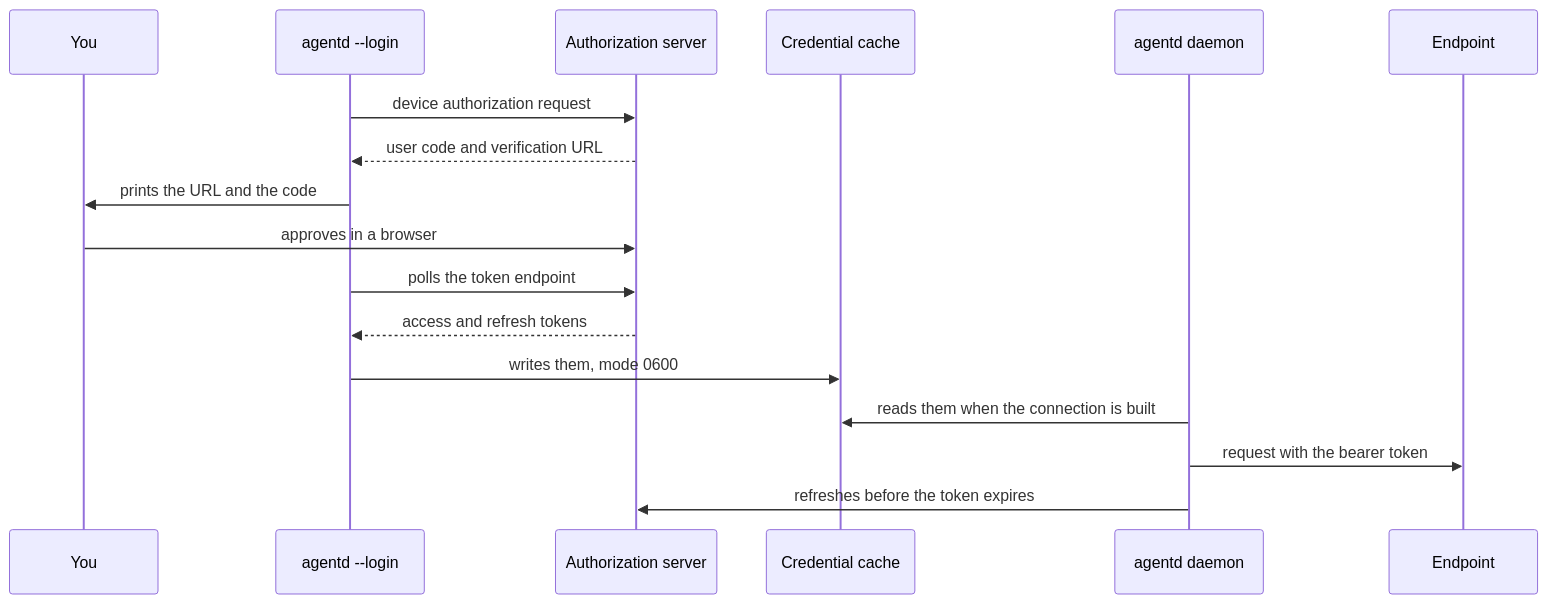
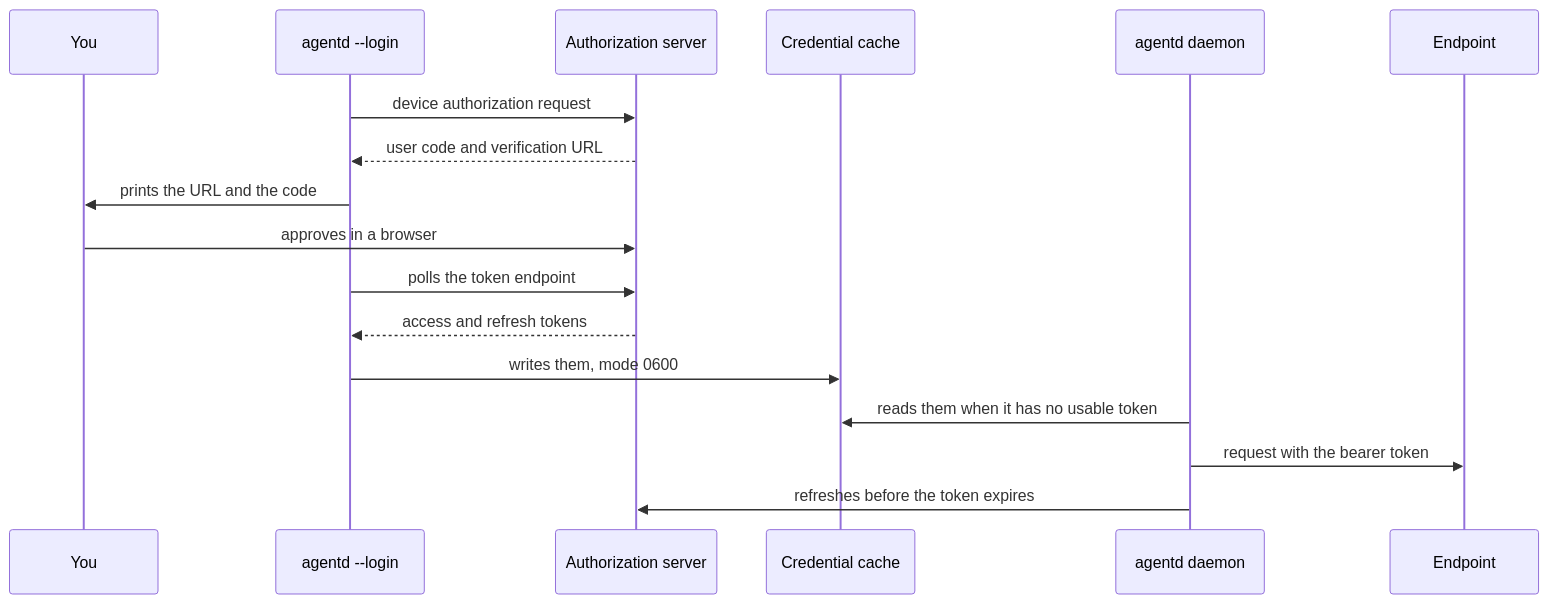
The diagram in docs/authentication.md (agentd-dev/source-code), drawn with Mermaid before and after one commit. The commit also changed other lines of this file and 52 other files, not shown here.

````diff
--- a/docs/authentication.md
+++ b/docs/authentication.md
@@ -238,19 +243,19 @@
 ```mermaid
 sequenceDiagram
   participant P as You
   participant L as agentd --login
   participant AS as Authorization server
   participant C as Credential cache
   participant D as agentd daemon
   participant E as Endpoint
   L->>AS: device authorization request
   AS-->>L: user code and verification URL
   L->>P: prints the URL and the code
   P->>AS: approves in a browser
   L->>AS: polls the token endpoint
   AS-->>L: access and refresh tokens
   L->>C: writes them, mode 0600
-  D->>C: reads them when the connection is built
+  D->>C: reads them when it has no usable token
   D->>E: request with the bearer token
   D->>AS: refreshes before the token expires
 ```
````
